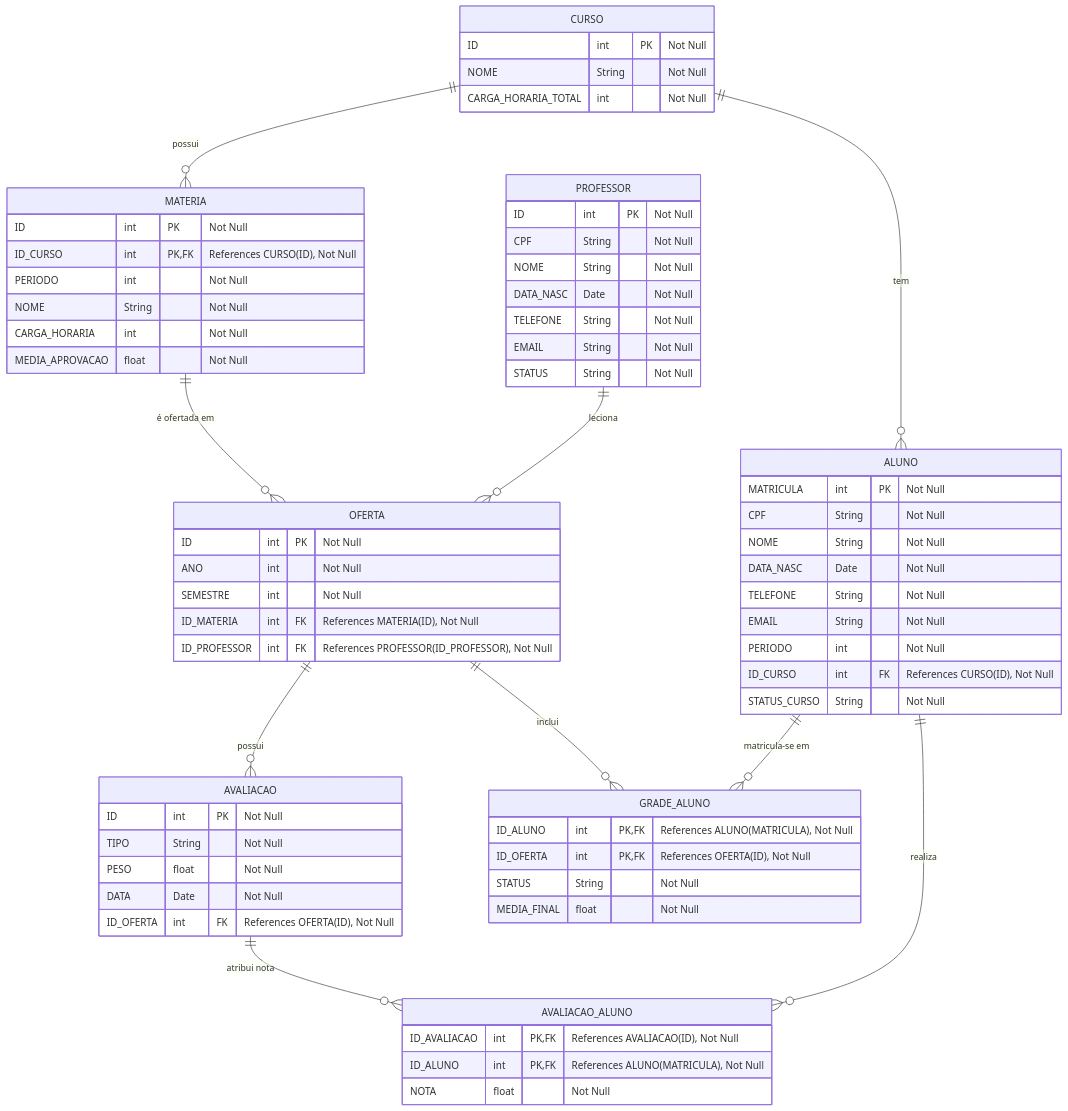
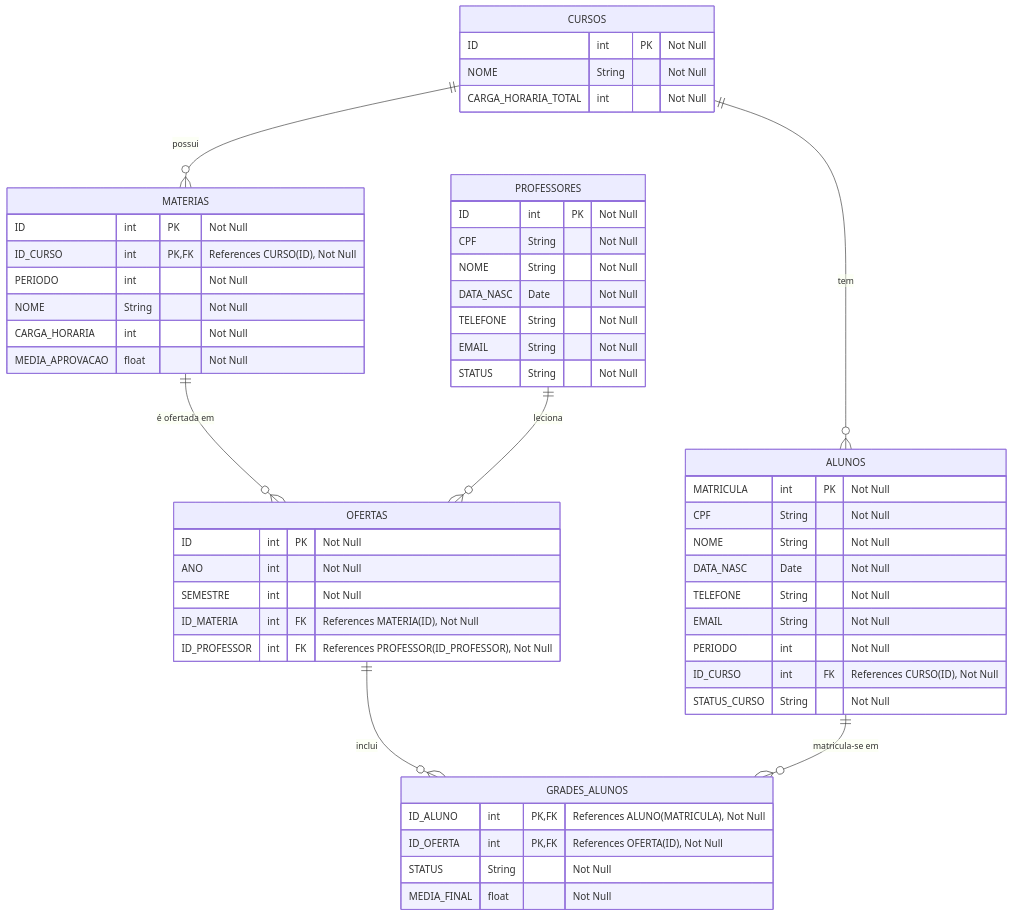
Before and after one commit to LuizHelio-Fim/C2-RealSystemSimulation-OracleDataBase: the diagram in diagrams/gestao_alunos.mmd, drawn with Mermaid. The commit also changed 2 other files, not shown here.

```diff
--- a/diagrams/gestao_alunos.mmd
+++ b/diagrams/gestao_alunos.mmd
@@ -1,80 +1,62 @@
 erDiagram
-    OFERTA {
+    OFERTAS {
         ID int PK "Not Null"
         ANO int "Not Null"
         SEMESTRE int "Not Null"
         ID_MATERIA int FK "References MATERIA(ID), Not Null"
         ID_PROFESSOR int FK "References PROFESSOR(ID_PROFESSOR), Not Null"
     }
 
-    ALUNO {
+    ALUNOS {
         MATRICULA int PK "Not Null"
         CPF String "Not Null"
         NOME String "Not Null"
         DATA_NASC Date "Not Null"
         TELEFONE String "Not Null"
         EMAIL String "Not Null"
         PERIODO int "Not Null"
         ID_CURSO int FK "References CURSO(ID), Not Null"
         STATUS_CURSO String "Not Null"
     }
 
-    PROFESSOR {
+    PROFESSORES {
         ID int PK "Not Null"
         CPF String "Not Null"
         NOME String "Not Null"
         DATA_NASC Date "Not Null"
         TELEFONE String "Not Null"
         EMAIL String "Not Null"
         STATUS String "Not Null"
     }
 
-    AVALIACAO {
-        ID int PK "Not Null"
-        TIPO String "Not Null"
-        PESO float "Not Null"
-        DATA Date "Not Null"
-        ID_OFERTA int FK "References OFERTA(ID), Not Null"
-    }
 
-    GRADE_ALUNO {
+    GRADES_ALUNOS {
         ID_ALUNO int PK, FK "References ALUNO(MATRICULA), Not Null"
         ID_OFERTA int PK, FK "References OFERTA(ID), Not Null"
         STATUS String "Not Null"
         MEDIA_FINAL float "Not Null"
     }
 
-    CURSO {
+    CURSOS {
         ID int PK "Not Null"
         NOME String "Not Null"
         CARGA_HORARIA_TOTAL int "Not Null"
     }
 
-    MATERIA {
+    MATERIAS {
         ID int PK "Not Null"
         ID_CURSO int PK, FK "References CURSO(ID), Not Null"
         PERIODO int "Not Null"
         NOME String "Not Null"
         CARGA_HORARIA int "Not Null"
         MEDIA_APROVACAO float "Not Null"
     }
 
-    AVALIACAO_ALUNO {
-        ID_AVALIACAO int PK, FK "References AVALIACAO(ID), Not Null"
-        ID_ALUNO int PK, FK "References ALUNO(MATRICULA), Not Null"
-        NOTA float "Not Null"
-    }
+    CURSOS ||--o{ MATERIAS : "possui"
+    CURSOS ||--o{ ALUNOS : "tem"
 
-    AVALIACAO ||--o{ AVALIACAO_ALUNO : "atribui nota"
-
-    CURSO ||--o{ MATERIA : "possui"
-    CURSO ||--o{ ALUNO : "tem"
-
-    OFERTA ||--o{ GRADE_ALUNO : "inclui"
-    OFERTA ||--o{ AVALIACAO : "possui"
-
-    ALUNO ||--o{ GRADE_ALUNO : "matricula-se em"
-    ALUNO ||--o{ AVALIACAO_ALUNO : "realiza"
-
-    MATERIA ||--o{ OFERTA : "é ofertada em"
-    PROFESSOR ||--o{ OFERTA : "leciona"
+    OFERTAS ||--o{ GRADES_ALUNOS : "inclui"
+    ALUNOS ||--o{ GRADES_ALUNOS : "matricula-se em"
+    
+    MATERIAS ||--o{ OFERTAS : "é ofertada em"
+    PROFESSORES ||--o{ OFERTAS : "leciona"
```
